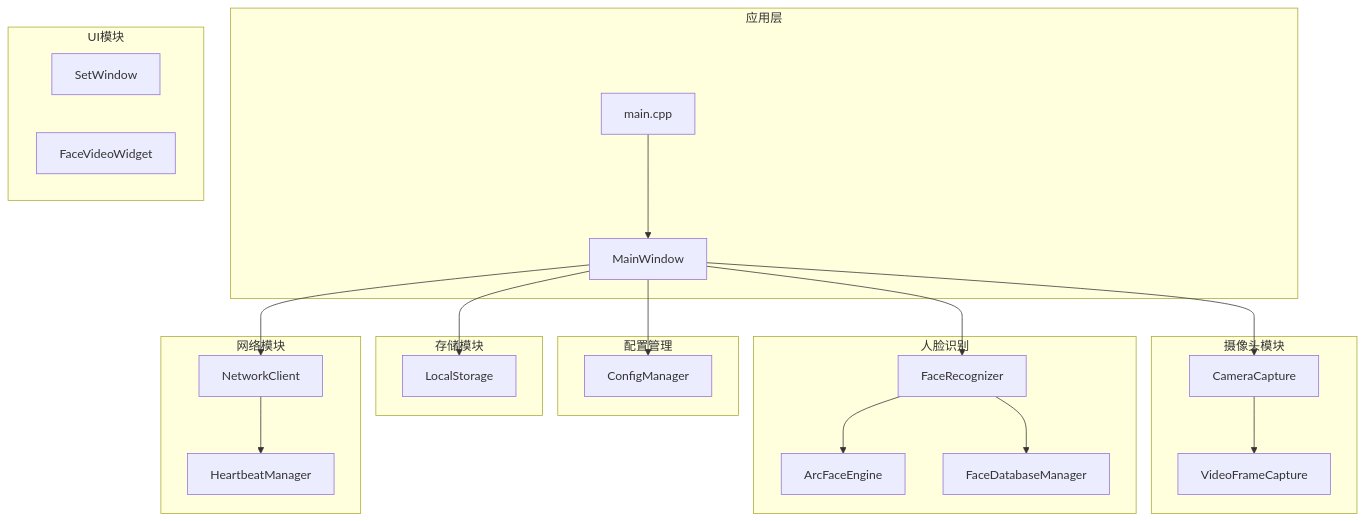
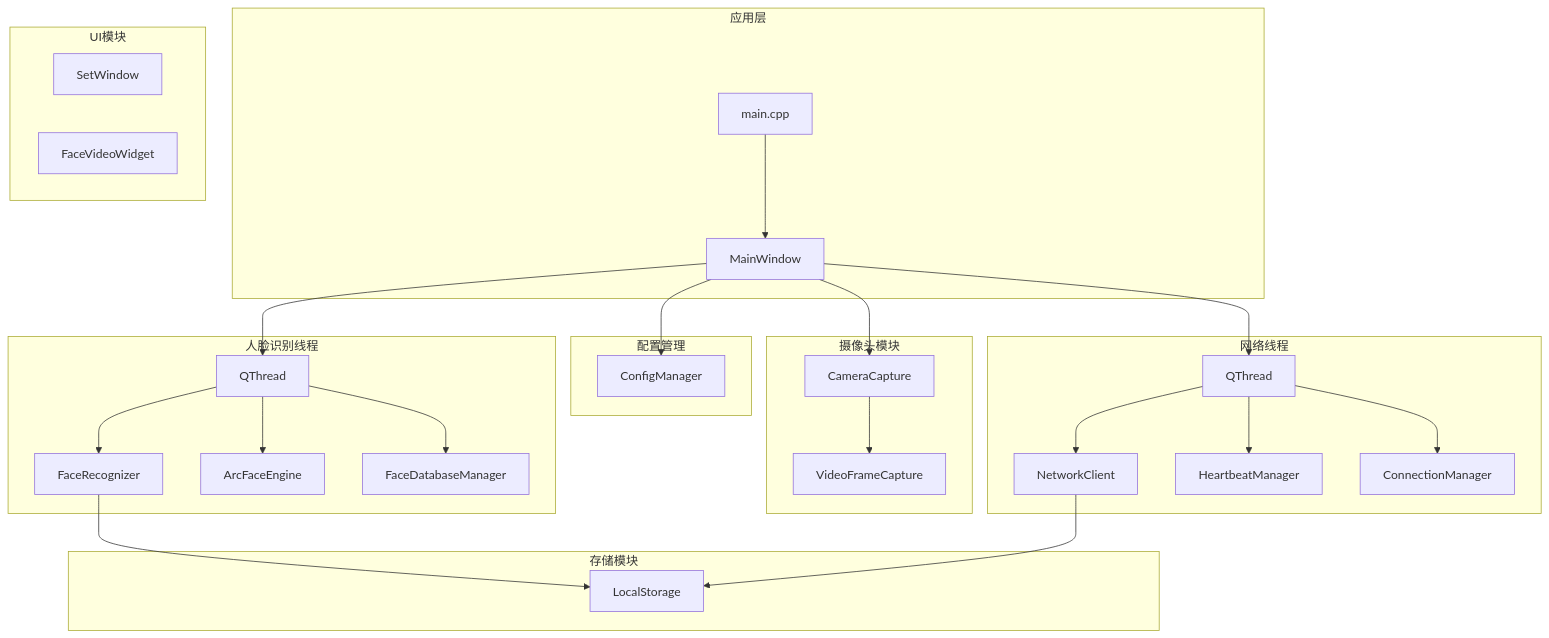
The first of 13 diagrams in .qoder/repowiki/zh/content/Main Application Integration.md (HeQiTZD/Triple-terminal-Attendance-Punching-System), drawn with Mermaid before and after one commit. The commit also changed other lines of this file and 47 other files, not shown here.

````diff
--- a/.qoder/repowiki/zh/content/Main Application Integration.md
+++ b/.qoder/repowiki/zh/content/Main Application Integration.md
@@ -56,40 +65,47 @@
 ```mermaid
 graph TB
 subgraph "应用层"
 Main[main.cpp]
 MainWindow[MainWindow]
 end
 subgraph "配置管理"
 ConfigManager[ConfigManager]
 end
 subgraph "摄像头模块"
 CameraCapture[CameraCapture]
 VideoFrameCapture[VideoFrameCapture]
 end
-subgraph "人脸识别"
+subgraph "人脸识别线程"
+FaceRecognizer[FaceRecognizer]
 ArcFaceEngine[ArcFaceEngine]
-FaceRecognizer[FaceRecognizer]
 FaceDatabaseManager[FaceDatabaseManager]
+FaceThread[QThread]
+end
+subgraph "网络线程"
+NetworkClient[NetworkClient]
+HeartbeatManager[HeartbeatManager]
+ConnectionManager[ConnectionManager]
+NetworkThread[QThread]
 end
 subgraph "存储模块"
 LocalStorage[LocalStorage]
-end
-subgraph "网络模块"
-NetworkClient[NetworkClient]
-HeartbeatManager[HeartbeatManager]
 end
 subgraph "UI模块"
 SetWindow[SetWindow]
 FaceVideoWidget[FaceVideoWidget]
 end
 Main --> MainWindow
 MainWindow --> ConfigManager
 MainWindow --> CameraCapture
-MainWindow --> FaceRecognizer
-MainWindow --> LocalStorage
-MainWindow --> NetworkClient
-FaceRecognizer --> ArcFaceEngine
-FaceRecognizer --> FaceDatabaseManager
+MainWindow --> FaceThread
+MainWindow --> NetworkThread
+FaceThread --> FaceRecognizer
+FaceThread --> ArcFaceEngine
+FaceThread --> FaceDatabaseManager
+NetworkThread --> NetworkClient
+NetworkThread --> HeartbeatManager
+NetworkThread --> ConnectionManager
+FaceRecognizer --> LocalStorage
+NetworkClient --> LocalStorage
 CameraCapture --> VideoFrameCapture
-NetworkClient --> HeartbeatManager
 ```
````
